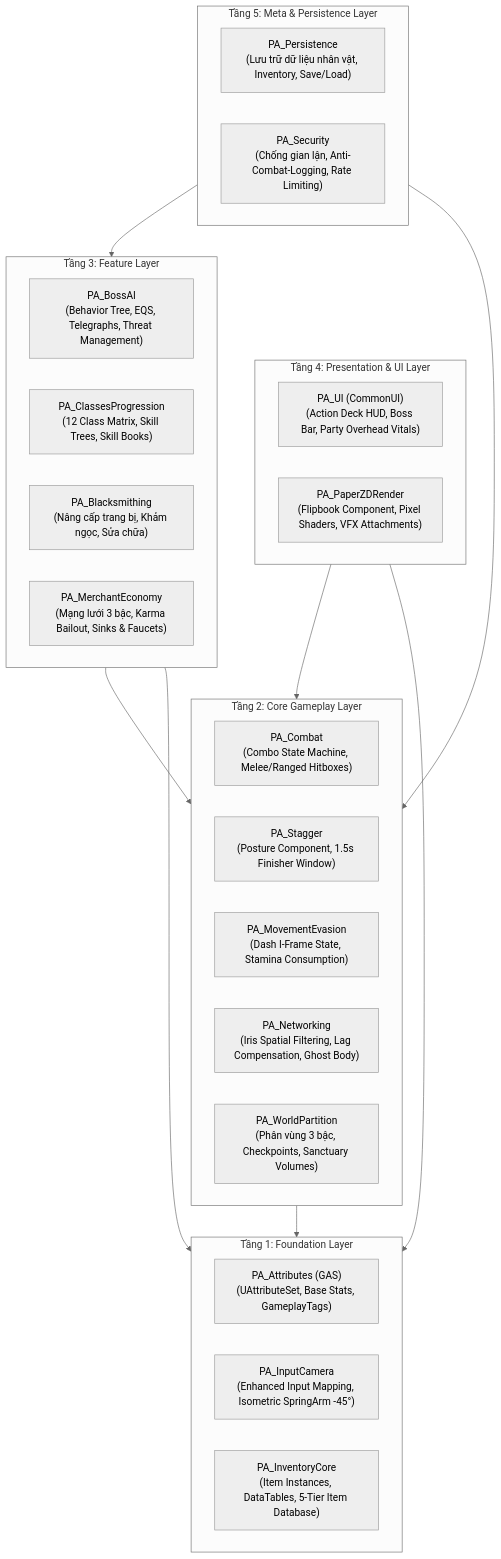
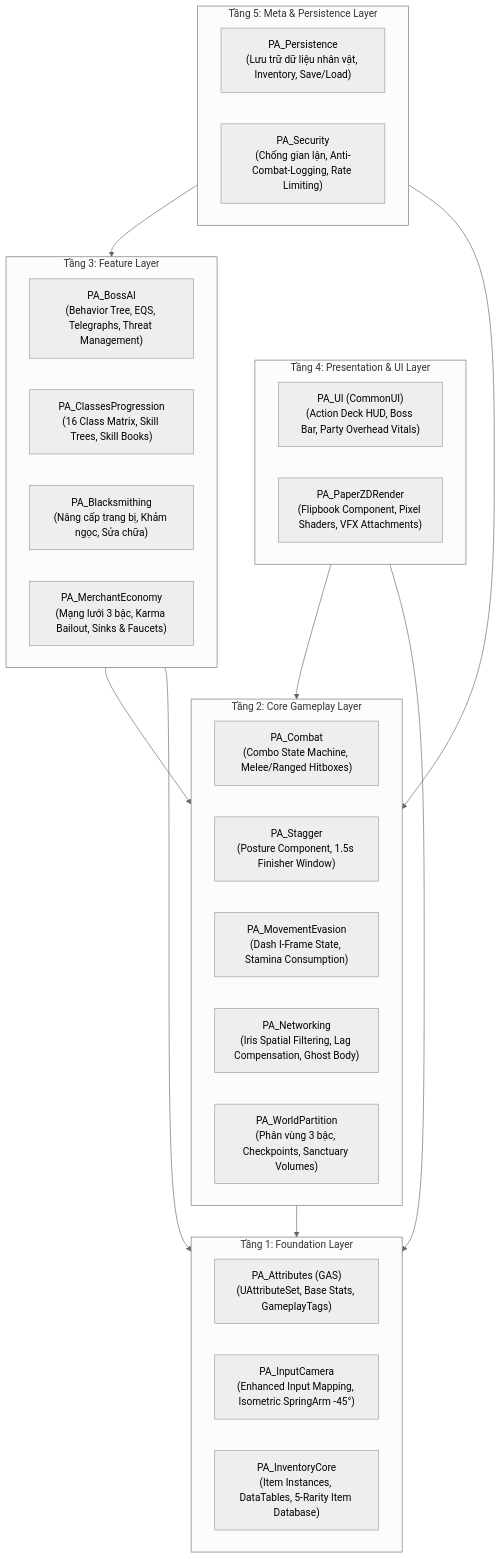
Before and after one commit to kenzings-ng/ProjectAscendant: the first of 8 diagrams in docs/architecture/architecture.md, drawn with Mermaid (neutral theme). The commit also changed other lines of this file and 12 other files, not shown here.

````diff
--- a/docs/architecture/architecture.md
+++ b/docs/architecture/architecture.md
@@ -46,42 +46,42 @@
 ```mermaid
 flowchart TD
     subgraph Layer5["Tầng 5: Meta & Persistence Layer"]
         M_PERSIST["PA_Persistence<br/>(Lưu trữ dữ liệu nhân vật, Inventory, Save/Load)"]
         M_SECURITY["PA_Security<br/>(Chống gian lận, Anti-Combat-Logging, Rate Limiting)"]
     end
 
     subgraph Layer4["Tầng 4: Presentation & UI Layer"]
         P_UI["PA_UI (CommonUI)<br/>(Action Deck HUD, Boss Bar, Party Overhead Vitals)"]
         P_RENDER["PA_PaperZDRender<br/>(Flipbook Component, Pixel Shaders, VFX Attachments)"]
     end
 
     subgraph Layer3["Tầng 3: Feature Layer"]
         F_AI["PA_BossAI<br/>(Behavior Tree, EQS, Telegraphs, Threat Management)"]
-        F_CLASS["PA_ClassesProgression<br/>(12 Class Matrix, Skill Trees, Skill Books)"]
+        F_CLASS["PA_ClassesProgression<br/>(16 Class Matrix, Skill Trees, Skill Books)"]
         F_CRAFT["PA_Blacksmithing<br/>(Nâng cấp trang bị, Khảm ngọc, Sửa chữa)"]
         F_ECON["PA_MerchantEconomy<br/>(Mạng lưới 3 bậc, Karma Bailout, Sinks & Faucets)"]
     end
 
     subgraph Layer2["Tầng 2: Core Gameplay Layer"]
         C_COMBAT["PA_Combat<br/>(Combo State Machine, Melee/Ranged Hitboxes)"]
         C_STAGGER["PA_Stagger<br/>(Posture Component, 1.5s Finisher Window)"]
         C_DASH["PA_MovementEvasion<br/>(Dash I-Frame State, Stamina Consumption)"]
         C_NET["PA_Networking<br/>(Iris Spatial Filtering, Lag Compensation, Ghost Body)"]
         C_WORLD["PA_WorldPartition<br/>(Phân vùng 3 bậc, Checkpoints, Sanctuary Volumes)"]
     end
 
     subgraph Layer1["Tầng 1: Foundation Layer"]
         F_ATTR["PA_Attributes (GAS)<br/>(UAttributeSet, Base Stats, GameplayTags)"]
         F_INPUT["PA_InputCamera<br/>(Enhanced Input Mapping, Isometric SpringArm -45°)"]
-        F_INV["PA_InventoryCore<br/>(Item Instances, DataTables, 5-Tier Item Database)"]
+        F_INV["PA_InventoryCore<br/>(Item Instances, DataTables, 5-Rarity Item Database)"]
     end
 
     %% Unidirectional Flow
     Layer5 --> Layer3
     Layer5 --> Layer2
     Layer4 --> Layer2
     Layer4 --> Layer1
     Layer3 --> Layer2
     Layer3 --> Layer1
     Layer2 --> Layer1
 ```
````
